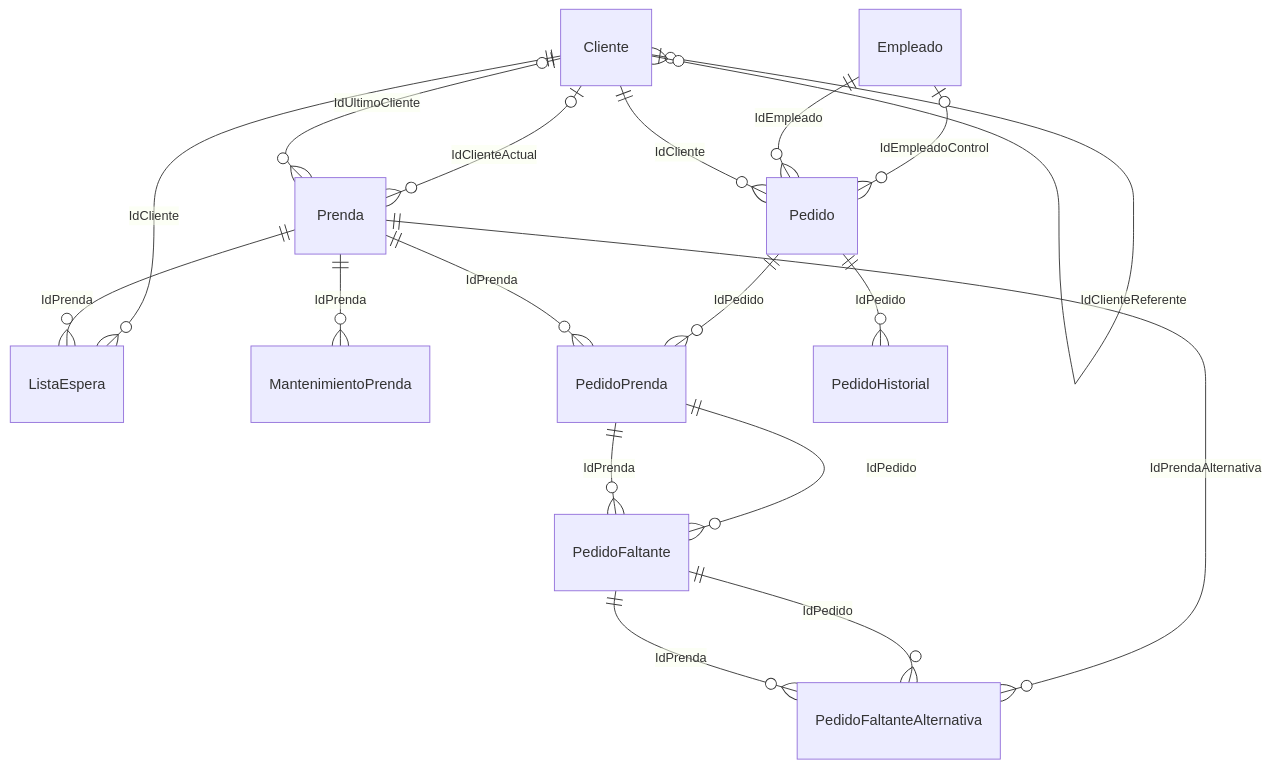
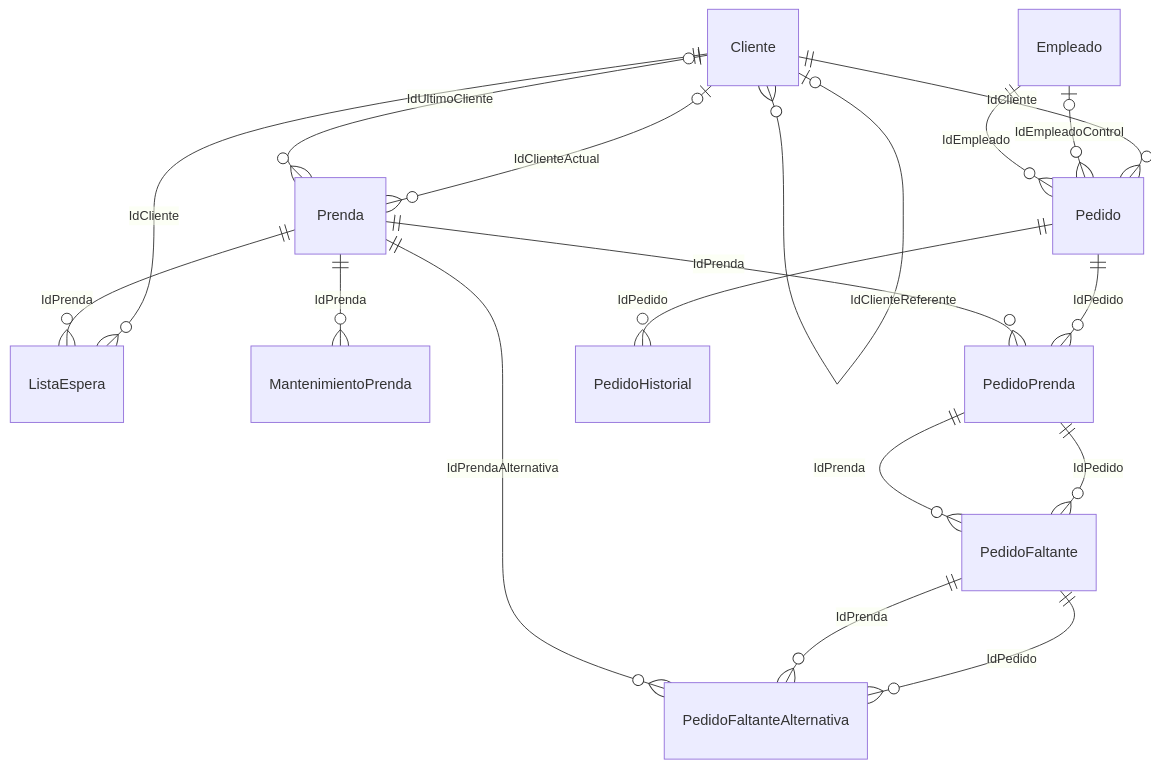
Before and after one commit to valentinamorana/Trabajo-de-Diploma: the diagram in docs/diagramas/mermaid/MC_pn01_pedidos.mmd, drawn with Mermaid. The commit also changed other lines of this file and 89 other files, not shown here.

```diff
--- a/docs/diagramas/mermaid/MC_pn01_pedidos.mmd
+++ b/docs/diagramas/mermaid/MC_pn01_pedidos.mmd
@@ -1,28 +1,28 @@
 erDiagram
   Cliente |o--o{ Cliente : "IdClienteReferente"
   Cliente ||--o{ ListaEspera : "IdCliente"
   Prenda ||--o{ ListaEspera : "IdPrenda"
   Prenda ||--o{ MantenimientoPrenda : "IdPrenda"
+  Cliente ||--o{ Pedido : "IdCliente"
   Empleado |o--o{ Pedido : "IdEmpleadoControl"
   Empleado ||--o{ Pedido : "IdEmpleado"
-  Cliente ||--o{ Pedido : "IdCliente"
   PedidoPrenda ||--o{ PedidoFaltante : "IdPedido"
   PedidoPrenda ||--o{ PedidoFaltante : "IdPrenda"
-  Prenda ||--o{ PedidoFaltanteAlternativa : "IdPrendaAlternativa"
   PedidoFaltante ||--o{ PedidoFaltanteAlternativa : "IdPedido"
   PedidoFaltante ||--o{ PedidoFaltanteAlternativa : "IdPrenda"
+  Prenda ||--o{ PedidoFaltanteAlternativa : "IdPrendaAlternativa"
   Pedido ||--o{ PedidoHistorial : "IdPedido"
   Pedido ||--o{ PedidoPrenda : "IdPedido"
   Prenda ||--o{ PedidoPrenda : "IdPrenda"
   Cliente |o--o{ Prenda : "IdClienteActual"
   Cliente |o--o{ Prenda : "IdUltimoCliente"
   Cliente
   Empleado
   Pedido
   PedidoPrenda
   PedidoFaltante
   PedidoFaltanteAlternativa
   PedidoHistorial
   Prenda
   ListaEspera
   MantenimientoPrenda
```
